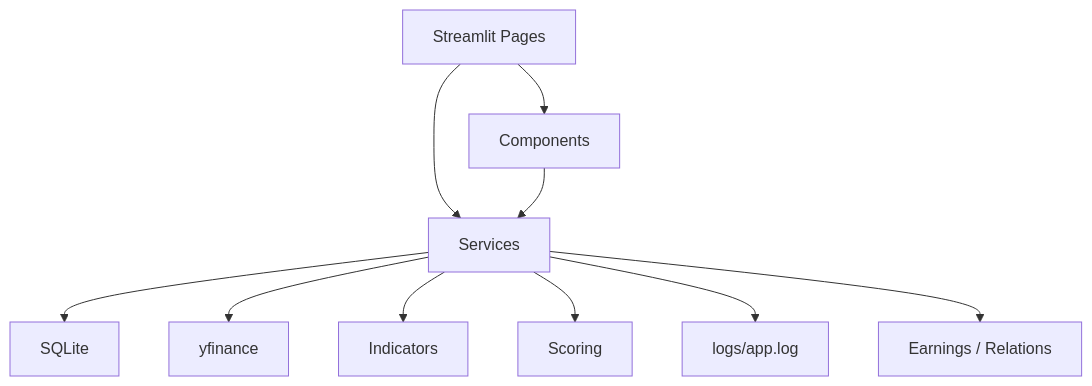
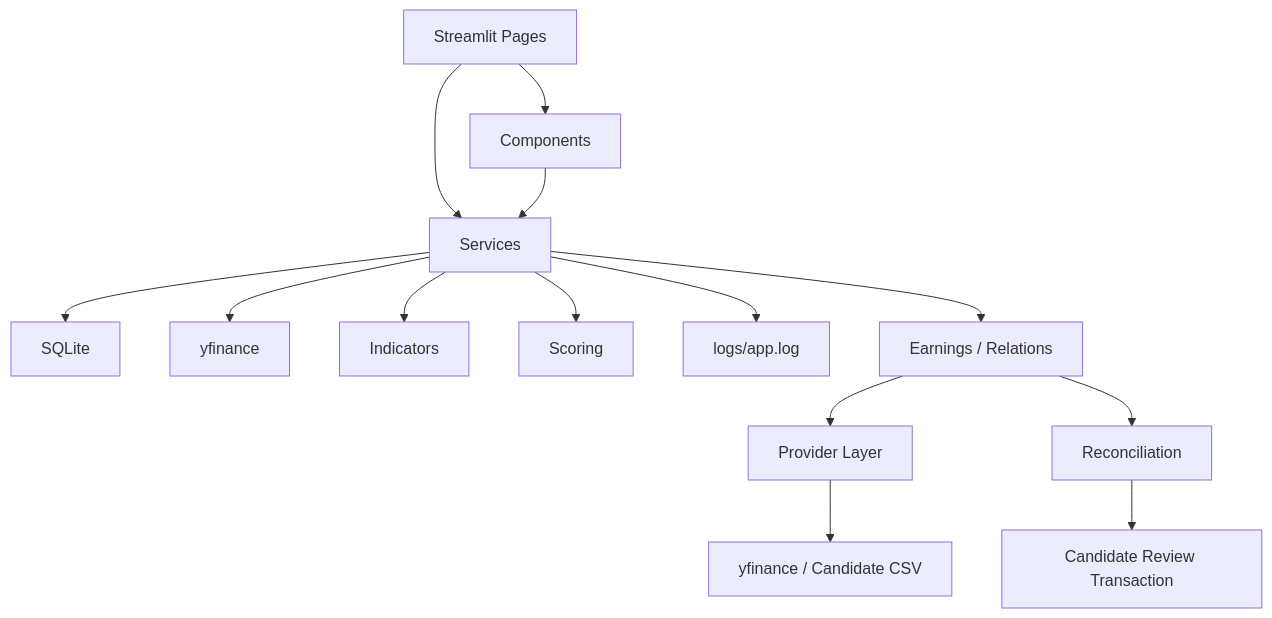
The diagram in docs/architecture.md (pchgoro/orekabu-ai), drawn with Mermaid before and after one commit. The commit also changed other lines of this file and 41 other files, not shown here.

````diff
--- a/docs/architecture.md
+++ b/docs/architecture.md
@@ -5,12 +5,16 @@
 ```mermaid
 flowchart TD
     A["Streamlit Pages"] --> B["Components"]
     A --> C["Services"]
     B --> C
     C --> D["SQLite"]
     C --> E["yfinance"]
     C --> F["Indicators"]
     C --> G["Scoring"]
     C --> H["logs/app.log"]
     C --> I["Earnings / Relations"]
+    I --> J["Provider Layer"]
+    J --> K["yfinance / Candidate CSV"]
+    I --> L["Reconciliation"]
+    L --> M["Candidate Review Transaction"]
 ```
````
